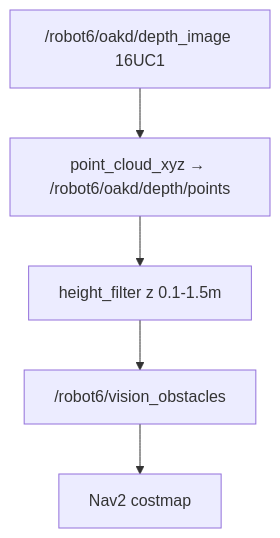
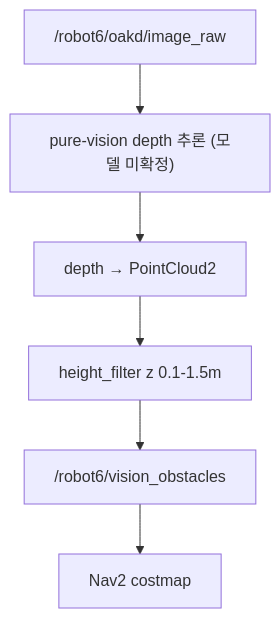
Before and after one commit to yevettee/MediCart: the third of 3 diagrams in docs/architecture/02_ros2_packages.md, drawn with Mermaid. The commit also changed other lines of this file and 18 other files, not shown here.

````diff
--- a/docs/architecture/02_ros2_packages.md
+++ b/docs/architecture/02_ros2_packages.md
@@ -139,9 +139,10 @@
 ```mermaid
 flowchart TD
-    depth["/robot6/oakd/depth_image 16UC1"]
-    pc["point_cloud_xyz → /robot6/oakd/depth/points"]
+    rgb["/robot6/oakd/image_raw"]
+    depthmodel["pure-vision depth 추론 (모델 미확정)"]
+    pc["depth → PointCloud2"]
     hf["height_filter z 0.1-1.5m"]
     out["/robot6/vision_obstacles"]
     nav["Nav2 costmap"]
-    depth --> pc --> hf --> out --> nav
+    rgb --> depthmodel --> pc --> hf --> out --> nav
 ```
````
